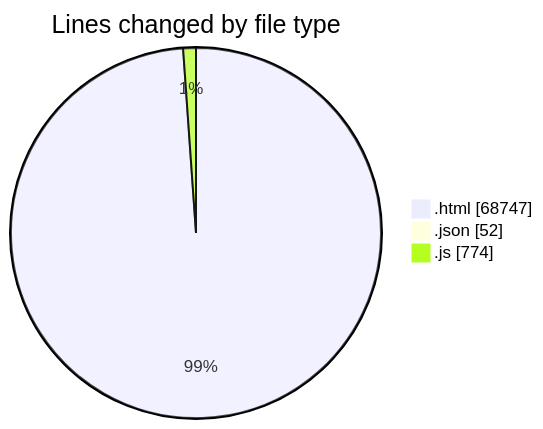
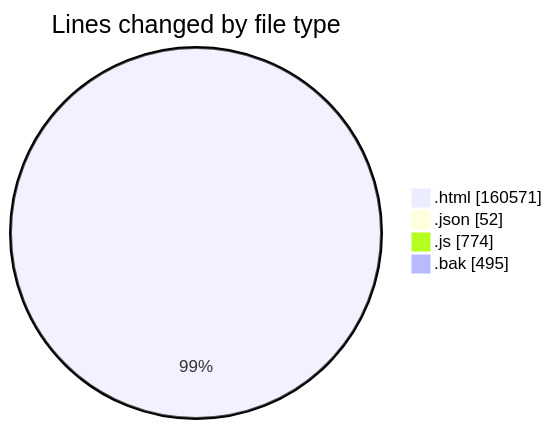
One commit to vahidmafi/code-tracking changed the first of 2 diagrams in 2025-09-16/www/README.md. Above: the diagram before and after it, drawn with Mermaid. The commit also changed other lines of this file and 1 other file, not shown here.

````diff
--- a/2025-09-16/www/README.md
+++ b/2025-09-16/www/README.md
@@ -115,7 +296,8 @@
 ```mermaid
 pie showData
 title Lines changed by file type
-".html" : 68747
+".html" : 160571
 ".json" : 52
 ".js" : 774
+".bak" : 495
 ```
````
